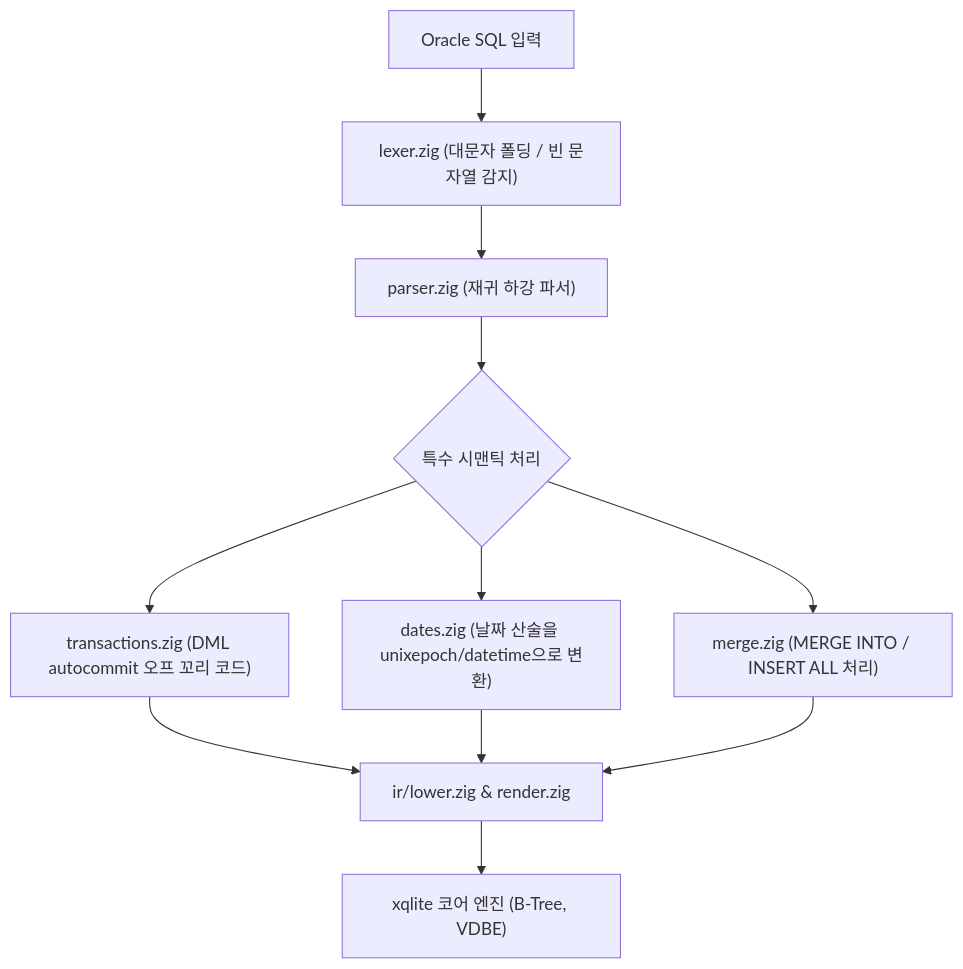
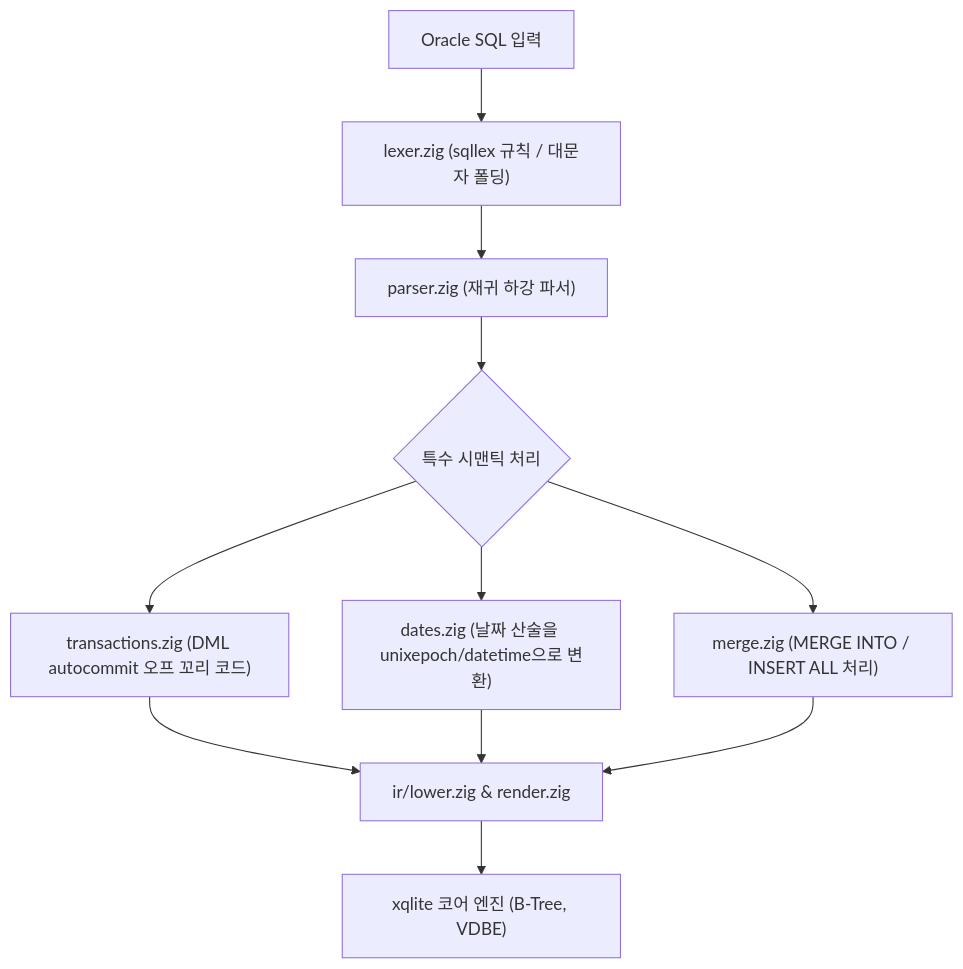
One commit to ironpark/xqlite changed the diagram in docs/oracle/internals.md. Above: the diagram before and after it, drawn with Mermaid. The commit also changed other lines of this file and 72 other files, not shown here.

````diff
--- a/docs/oracle/internals.md
+++ b/docs/oracle/internals.md
@@ -11,13 +11,13 @@
 ```mermaid
 flowchart TD
-    SQL["Oracle SQL 입력"] --> Lexer["lexer.zig (대문자 폴딩 / 빈 문자열 감지)"]
+    SQL["Oracle SQL 입력"] --> Lexer["lexer.zig (sqllex 규칙 / 대문자 폴딩)"]
     Lexer --> Parser["parser.zig (재귀 하강 파서)"]
     Parser --> SpecialOps{"특수 시맨틱 처리"}
     SpecialOps --> TxTail["transactions.zig (DML autocommit 오프 꼬리 코드)"]
     SpecialOps --> DateOps["dates.zig (날짜 산술을 unixepoch/datetime으로 변환)"]
     SpecialOps --> MergeOps["merge.zig (MERGE INTO / INSERT ALL 처리)"]
     TxTail --> IR["ir/lower.zig & render.zig"]
     DateOps --> IR
     MergeOps --> IR
     IR --> Core["xqlite 코어 엔진 (B-Tree, VDBE)"]
 ```
````
